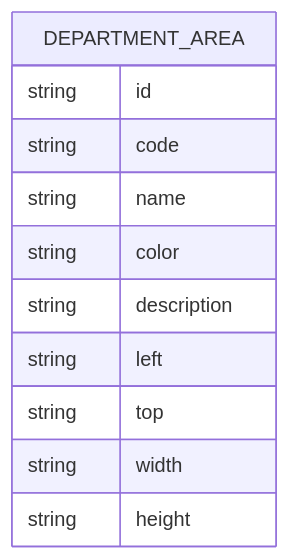
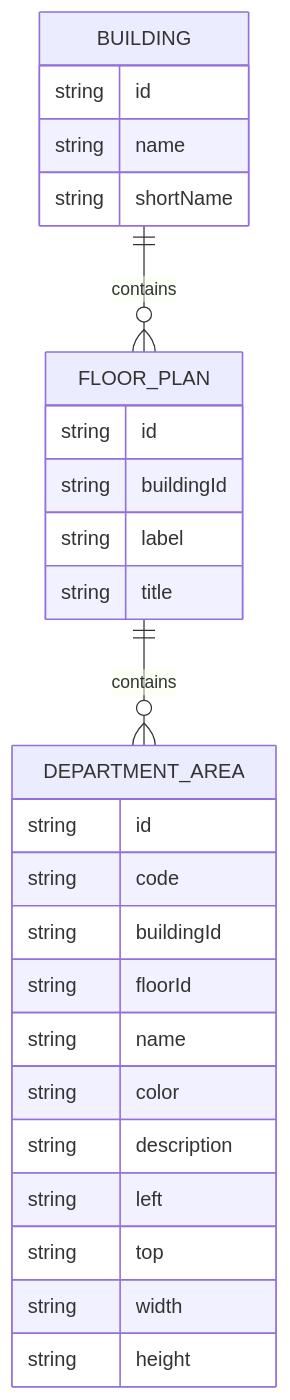
Before and after one commit to wilsonlcf1216-lab/clickonme: the second of 2 diagrams in .trae/documents/technical-architecture.md, drawn with Mermaid. The commit also changed other lines of this file and 10 other files, not shown here.

````diff
--- a/.trae/documents/technical-architecture.md
+++ b/.trae/documents/technical-architecture.md
@@ -43,14 +63,29 @@
 ```mermaid
 erDiagram
+    BUILDING ||--o{ FLOOR_PLAN : contains
+    FLOOR_PLAN ||--o{ DEPARTMENT_AREA : contains
+    BUILDING {
+        string id
+        string name
+        string shortName
+    }
+    FLOOR_PLAN {
+        string id
+        string buildingId
+        string label
+        string title
+    }
     DEPARTMENT_AREA {
         string id
         string code
+        string buildingId
+        string floorId
         string name
         string color
         string description
         string left
         string top
         string width
         string height
     }
 ```
````
